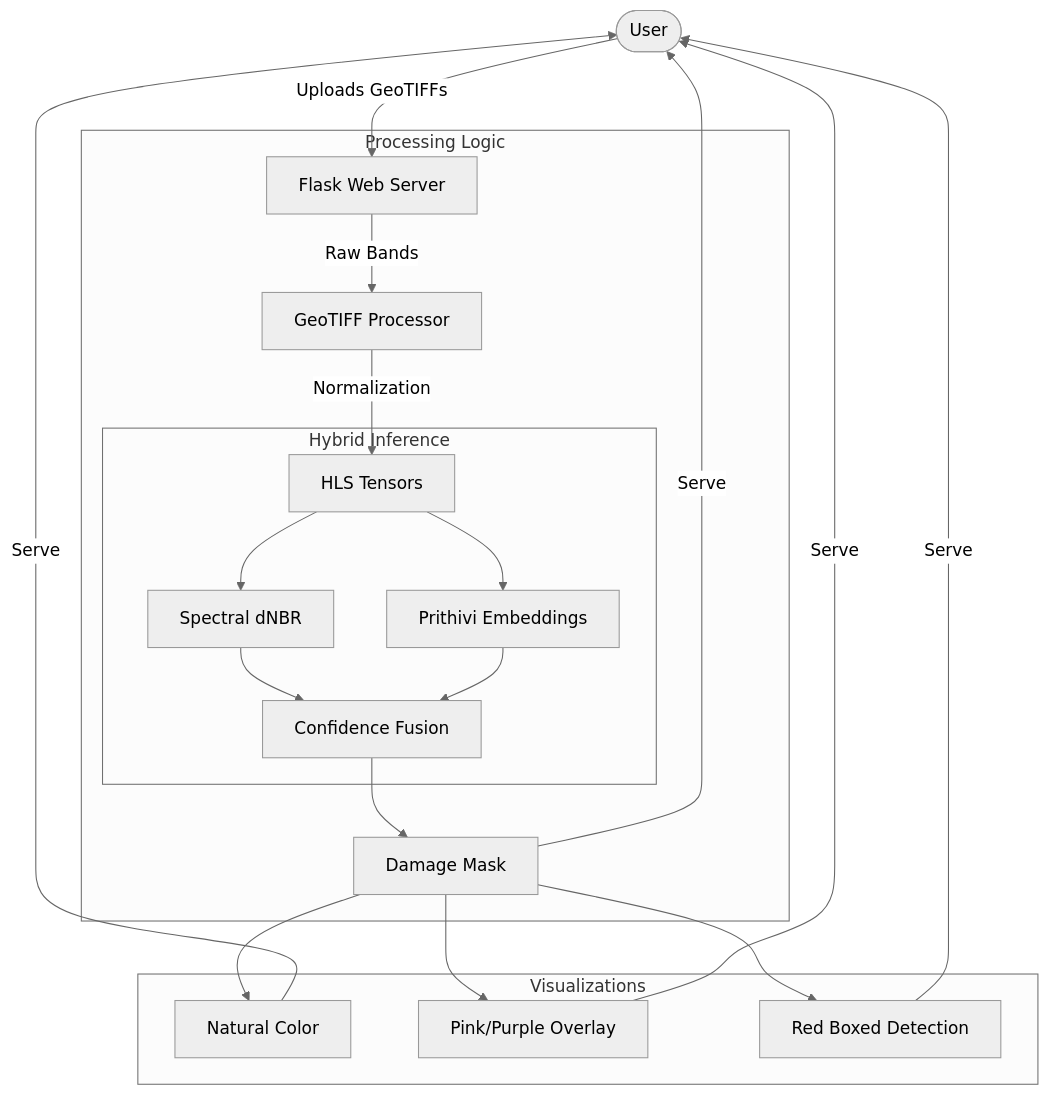
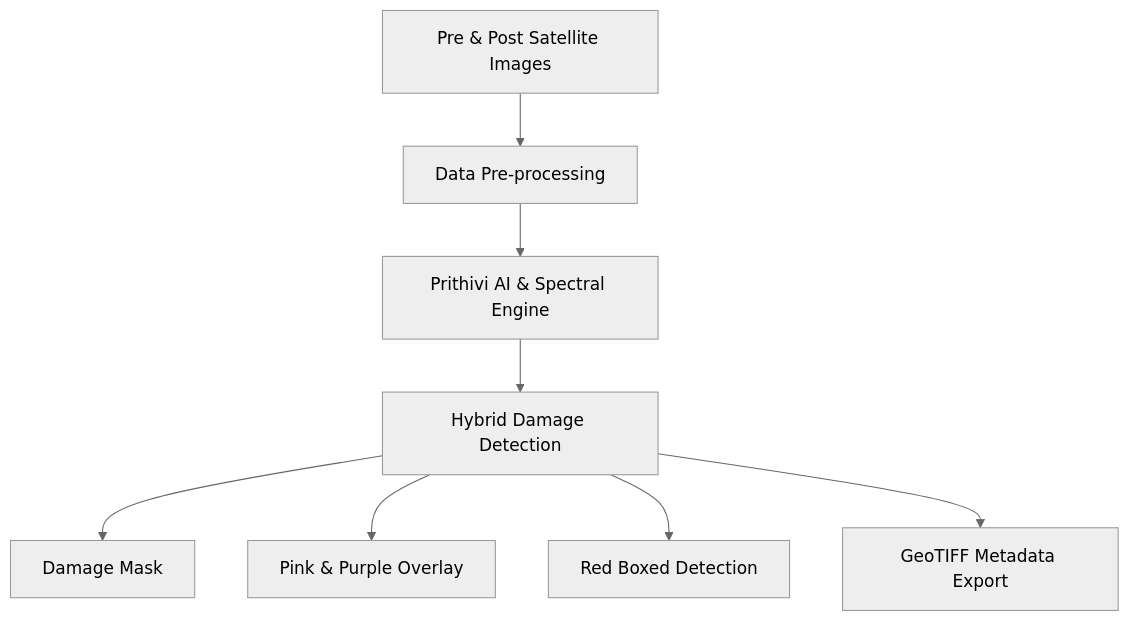
Before and after one commit to Tushar365/Wildfire-Damage-Detection-Powered-by-Prithivi-EO-2.0: the diagram in README.md, drawn with Mermaid (neutral theme).

````diff
--- a/README.md
+++ b/README.md
@@ -7,25 +7,11 @@
 ```mermaid
 graph TD
-    User([User]) -->|Uploads GeoTIFFs| Flask[Flask Web Server]
+    Input[Pre & Post Satellite Images] --> Processor[Data Pre-processing]
+    Processor --> AI[Prithivi AI & Spectral Engine]
+    AI --> Logic[Hybrid Damage Detection]
 
-    subgraph "Processing Logic"
-        Flask -->|Raw Bands| Processor[GeoTIFF Processor]
-        Processor -->|Normalization| Tensors[HLS Tensors]
-
-        subgraph "Hybrid Inference"
-            Tensors --> dNBR[Spectral dNBR]
-            Tensors --> DL[Prithivi Embeddings]
-            dNBR & DL --> Fusion[Confidence Fusion]
-        end
-
-        Fusion --> Mask[Damage Mask]
-    end
-
-    subgraph "Visualizations"
-        Mask --> RGB[Natural Color]
-        Mask --> Overlay[Pink/Purple Overlay]
-        Mask --> Boxed[Red Boxed Detection]
-    end
-
-    RGB & Overlay & Boxed & Mask -->|Serve| User
+    Logic --> Mask[Damage Mask]
+    Logic --> Overlay[Pink & Purple Overlay]
+    Logic --> Boxed[Red Boxed Detection]
+    Logic --> Export[GeoTIFF Metadata Export]
 ```
````
